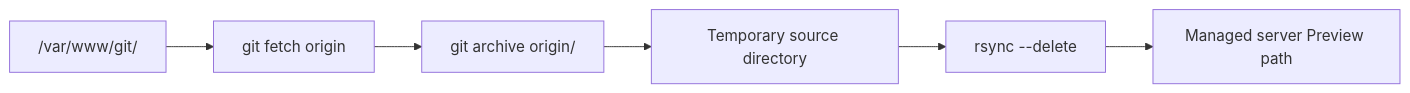
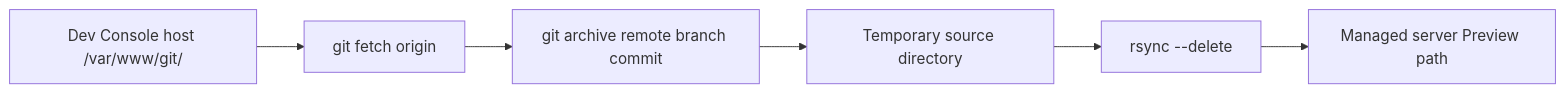
The fourth of 4 diagrams in docs/architecture.md (AK34cy/dev-console), drawn with Mermaid before and after one commit. The commit also changed other lines of this file and 15 other files, not shown here.

````diff
--- a/docs/architecture.md
+++ b/docs/architecture.md
@@ -176,8 +184,8 @@
 ```mermaid
 flowchart LR
-    Repo["/var/www/git/<project-id>"] --> Fetch["git fetch origin <branch>"]
-    Fetch --> Archive["git archive origin/<branch>"]
+    Repo["Dev Console host /var/www/git/<project-id>"] --> Fetch["git fetch origin"]
+    Fetch --> Archive["git archive remote branch commit"]
     Archive --> Temp["Temporary source directory"]
     Temp --> Rsync["rsync --delete"]
     Rsync --> RemotePreview["Managed server Preview path"]
 ```
````
